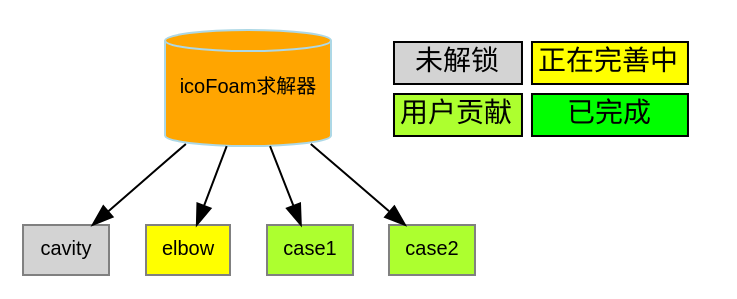
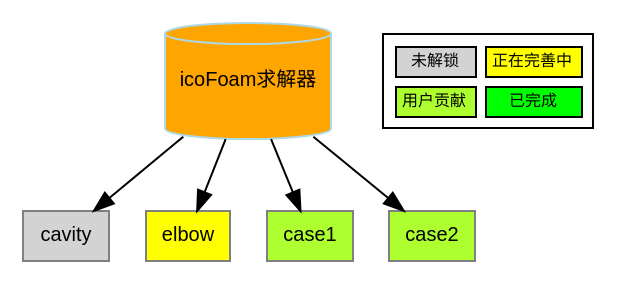
The diagram in sphinx/source/incompressible/icoFoam/map.dot (zguoch/OFTutorials), drawn with Graphviz before and after one commit.

```diff
--- a/sphinx/source/incompressible/icoFoam/map.dot
+++ b/sphinx/source/incompressible/icoFoam/map.dot
@@ -1,32 +1,33 @@
 
   digraph G {
 
       icoFoam[label="icoFoam求解器", tooltip="简短介绍", fontname="Arial", fontsize=10, height=.8,width=.8,shape="cylinder",style="filled", color=lightblue,fillcolor=orange,href="https://gitlab.com",target="_top"];
 
       cavity[label="cavity", tooltip="cavity", fontname="Arial", fontsize=10, height=.35,width=.35,shape="box",style="filled", fillcolor=lightgray, color=gray,href="https://gitlab.com",target="_top"];
       elbow[label="elbow", tooltip="elbow", fontname="Arial", fontsize=10, height=.35,width=.35,shape="box",style="filled", fillcolor=yellow, color=gray,href="https://gitlab.com",target="_top"];
       user_1[label="case1", tooltip="elbow", fontname="Arial", fontsize=10, height=.35,width=.35,shape="box",style="filled", fillcolor=greenyellow, color=gray,href="https://gitlab.com",target="_top"];
       user_2[label="case2", tooltip="elbow", fontname="Arial", fontsize=10, height=.35,width=.35,shape="box",style="filled", fillcolor=greenyellow, color=gray,href="https://gitlab.com",target="_top"];
       // 连接
       
       icoFoam -> cavity;
       icoFoam -> elbow;
       icoFoam -> user_1;
       icoFoam -> user_2;
 
       node [shape=plaintext]
       legend [
     fontname="Arial"
+    fontsize=8
    label=<
-     <table border="0" cellborder="1" cellspacing="5">
+     <table border="1" cellborder="1" cellspacing="5">
        <tr>
        <td bgcolor="lightgray">未解锁</td>
        <td bgcolor="yellow"><font color="black">正在完善中</font></td>
        </tr>
        <tr>
         <td bgcolor="greenyellow"><font color="black">用户贡献</font></td>
         <td bgcolor="lime"><font color="black">已完成</font></td>
        </tr>
      </table>>
   ];
   }
```
